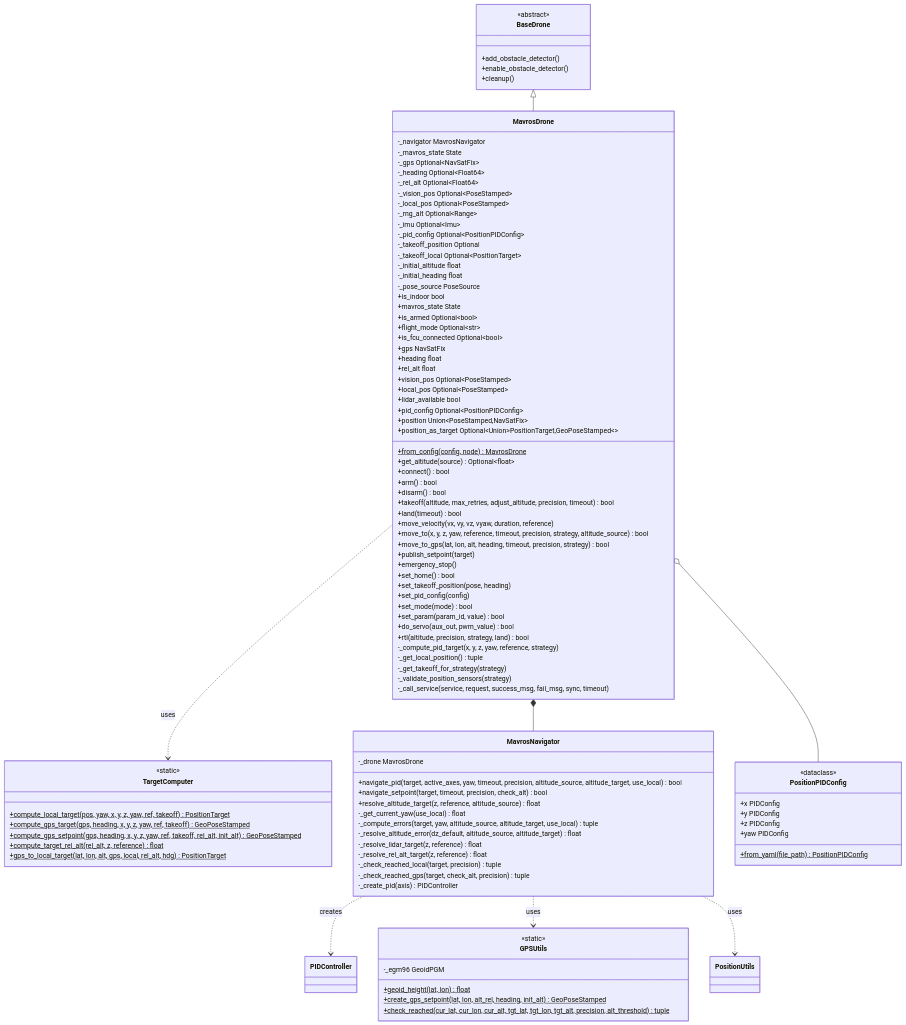
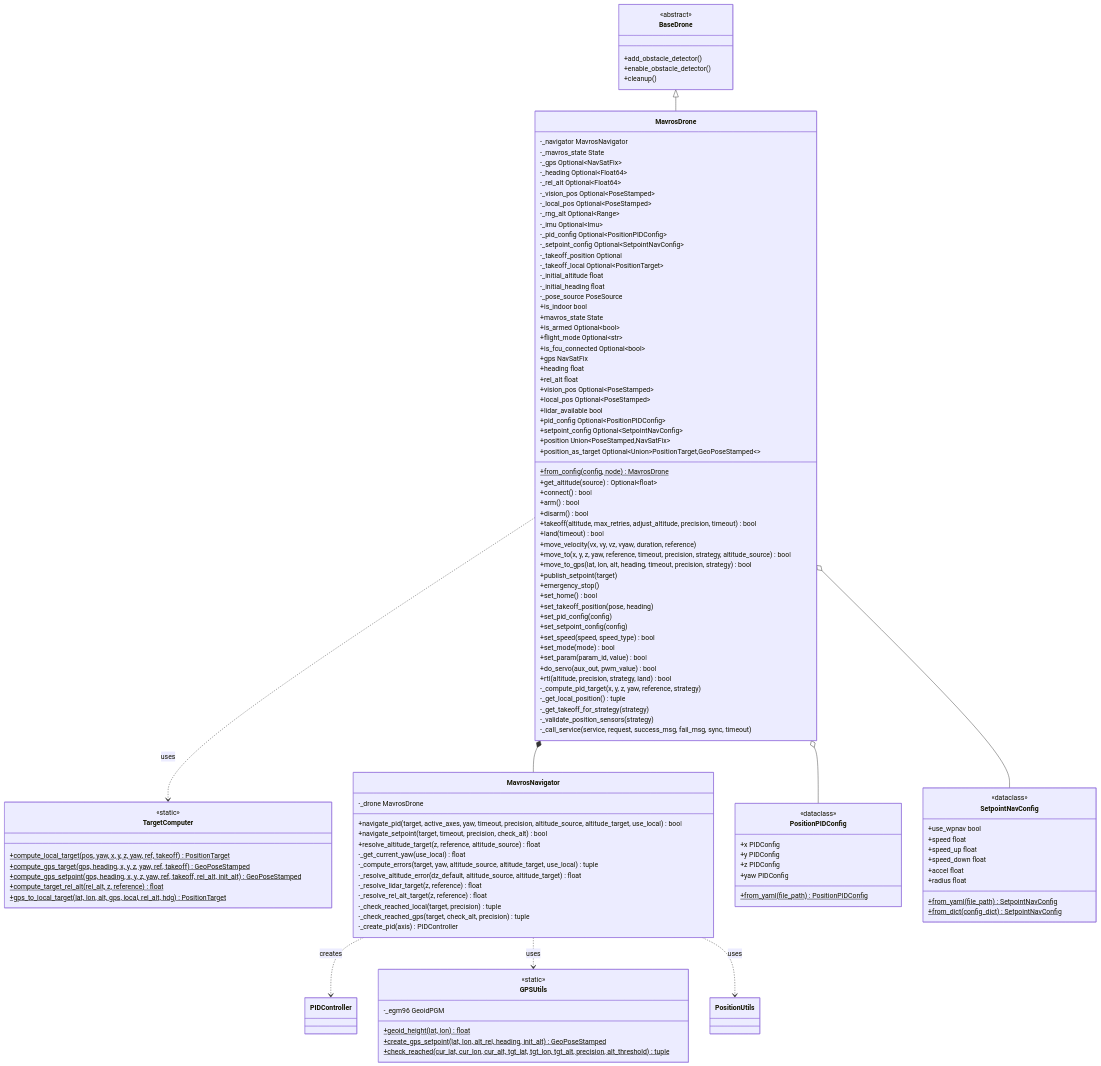
Before and after one commit to Black-Bee-Drones/nectar-sdk: the first of 3 diagrams in nectar/nectar/control/mavros/README.md, drawn with Mermaid. The commit also changed other lines of this file, not shown here.

Commit message:
docs: update mavros readme

````diff
--- a/nectar/nectar/control/mavros/README.md
+++ b/nectar/nectar/control/mavros/README.md
@@ -75,6 +75,7 @@
         -_rng_alt Optional~Range~
         -_imu Optional~Imu~
         -_pid_config Optional~PositionPIDConfig~
+        -_setpoint_config Optional~SetpointNavConfig~
         -_takeoff_position Optional
         -_takeoff_local Optional~PositionTarget~
         -_initial_altitude float
@@ -92,6 +93,7 @@
         +local_pos Optional~PoseStamped~
         +lidar_available bool
         +pid_config Optional~PositionPIDConfig~
+        +setpoint_config Optional~SetpointNavConfig~
         +position Union~PoseStamped,NavSatFix~
         +position_as_target Optional~Union~PositionTarget,GeoPoseStamped~~
         +from_config(config, node)$ MavrosDrone
@@ -109,6 +111,8 @@
         +set_home() bool
         +set_takeoff_position(pose, heading)
         +set_pid_config(config)
+        +set_setpoint_config(config)
+        +set_speed(speed, speed_type) bool
         +set_mode(mode) bool
         +set_param(param_id, value) bool
         +do_servo(aux_out, pwm_value) bool
@@ -161,6 +165,18 @@
         +from_yaml(file_path)$ PositionPIDConfig
     }
 
+    class SetpointNavConfig {
+        <<dataclass>>
+        +use_wpnav bool
+        +speed float
+        +speed_up float
+        +speed_down float
+        +accel float
+        +radius float
+        +from_yaml(file_path)$ SetpointNavConfig
+        +from_dict(config_dict)$ SetpointNavConfig
+    }
+
     class BaseDrone {
         <<abstract>>
         +add_obstacle_detector()
@@ -175,4 +191,5 @@
     MavrosNavigator ..> GPSUtils : uses
     MavrosNavigator ..> PositionUtils : uses
     MavrosDrone o-- PositionPIDConfig
+    MavrosDrone o-- SetpointNavConfig
 ```
````
